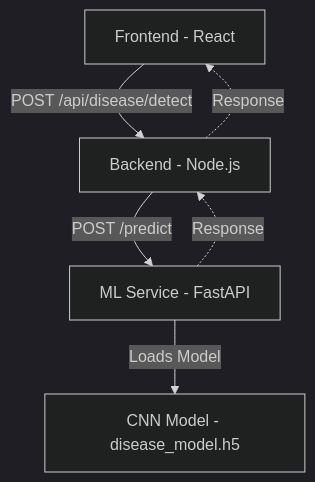
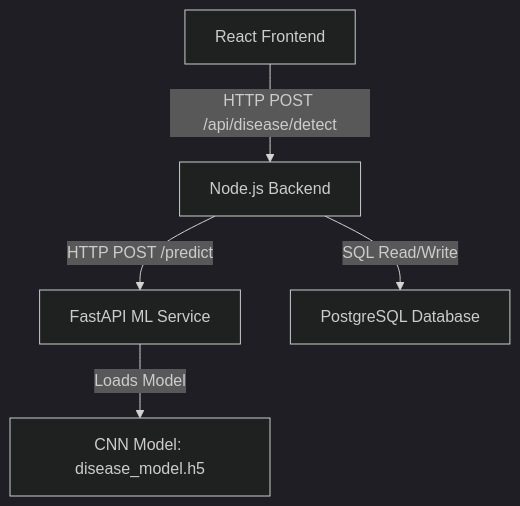
Before and after one commit to Kshitij537/AgriChain: the first of 2 diagrams in docs/DiseaseDetection/ARCHITECTURE.md, drawn with Mermaid (dark theme). The commit also changed other lines of this file and 8 other files, not shown here.

````diff
--- a/docs/DiseaseDetection/ARCHITECTURE.md
+++ b/docs/DiseaseDetection/ARCHITECTURE.md
@@ -3,8 +8,7 @@
 ```mermaid
 graph TD
-    Frontend[Frontend - React] -->|POST /api/disease/detect| Backend[Backend - Node.js]
-    Backend -->|POST /predict| ML[ML Service - FastAPI]
-    ML -->|Loads Model| Model[CNN Model - disease_model.h5]
-    ML -.->|Response| Backend
-    Backend -.->|Response| Frontend
+    Frontend[React Frontend] -->|HTTP POST /api/disease/detect| Backend[Node.js Backend]
+    Backend -->|HTTP POST /predict| ML[FastAPI ML Service]
+    ML -->|Loads Model| Model[CNN Model: disease_model.h5]
+    Backend -->|SQL Read/Write| DB[PostgreSQL Database]
 ```
````
